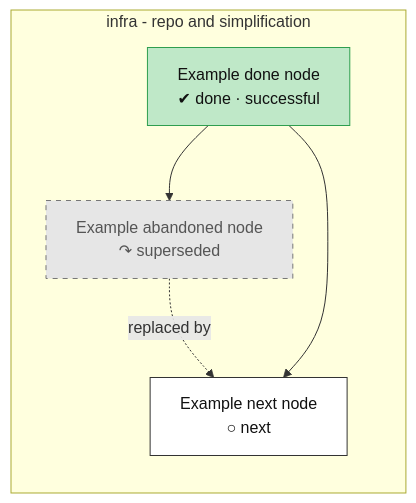
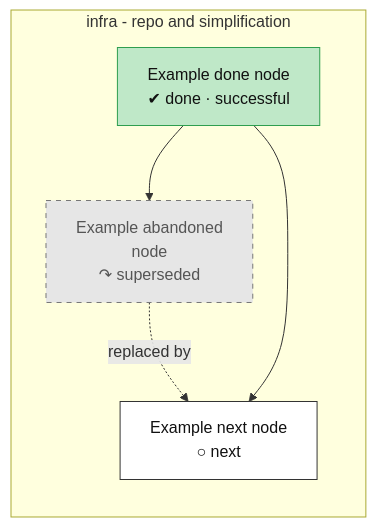
The second of 4 diagrams in docs/roadmap.md (lhns/raptorpath), drawn with Mermaid before and after one commit. The commit also changed other lines of this file and 2 other files, not shown here.

Commit message:
roadmap: vertical layout for portrait pages
Overview is flowchart TB with stacked track boxes (invisible links), rows of 3
per track box, rows of 4 per rank in track trees, labels wrapped at 20 chars,
gantt names truncated at 40.

````diff
--- a/docs/roadmap.md
+++ b/docs/roadmap.md
@@ -81,26 +81,27 @@
 ```mermaid
-flowchart LR
+flowchart TB
     subgraph sg_infra["infra - repo and simplification"]
+        direction TB
         infra_example_done["Example done node<br/>✔ done · successful"]
-        infra_example_abandoned["Example abandoned node<br/>↷ superseded"]
+        infra_example_abandoned["Example abandoned<br/>node<br/>↷ superseded"]
         infra_example_next["Example next node<br/>○ next"]
     end
     infra_example_done --> infra_example_abandoned
     infra_example_abandoned -.->|replaced by| infra_example_next
     infra_example_done --> infra_example_next
     classDef vsucc fill:#2e9e4f,stroke:#1b6b34,color:#fff
     classDef succ fill:#bfe8c8,stroke:#2e9e4f,color:#111
     classDef mixed fill:#ffd37a,stroke:#c98a00,color:#111
     classDef bad fill:#f28b82,stroke:#b3261e,color:#111
     classDef dead fill:#e6e6e6,stroke:#777,stroke-dasharray:5 5,color:#555
     classDef inprog fill:#a8cdf5,stroke:#1f6fc5,color:#111
     classDef next fill:#fff,stroke:#333,color:#111
     classDef blocked fill:#fff,stroke:#b3261e,stroke-dasharray:2 2,color:#111
     classDef parked fill:#f3f3f3,stroke:#999,color:#555
     classDef unrated fill:#fff,stroke:#333,stroke-dasharray:1 3,color:#111
     classDef userdec fill:#d9c2f0,stroke:#7b3fb5,color:#111
     classDef stub fill:#fff,stroke:#aaa,stroke-dasharray:2 2,color:#777,font-size:11px
     class infra_example_done succ
     class infra_example_abandoned dead
     class infra_example_next next
 ```
````
